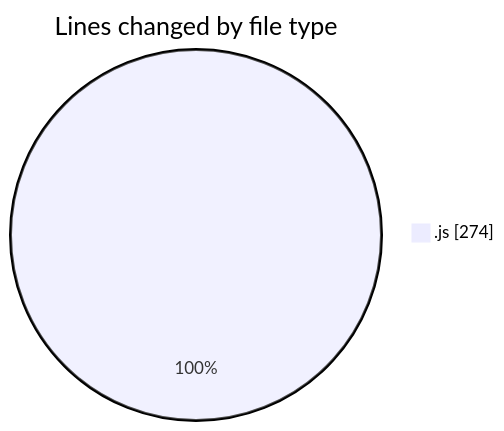
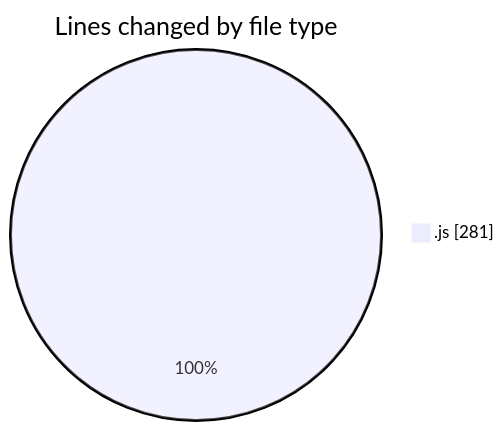
Before and after one commit to Ritupan-Deka/code-tracking: the first of 2 diagrams in 2025-07-26/javascript/README.md, drawn with Mermaid. The commit also changed other lines of this file and 1 other file, not shown here.

````diff
--- a/2025-07-26/javascript/README.md
+++ b/2025-07-26/javascript/README.md
@@ -20,5 +20,5 @@
 ```mermaid
 pie showData
 title Lines changed by file type
-".js" : 274
+".js" : 281
 ```
````
